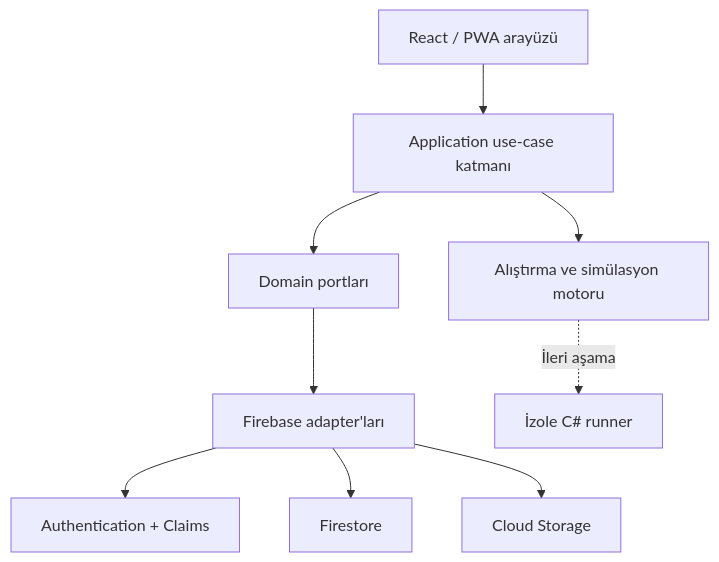
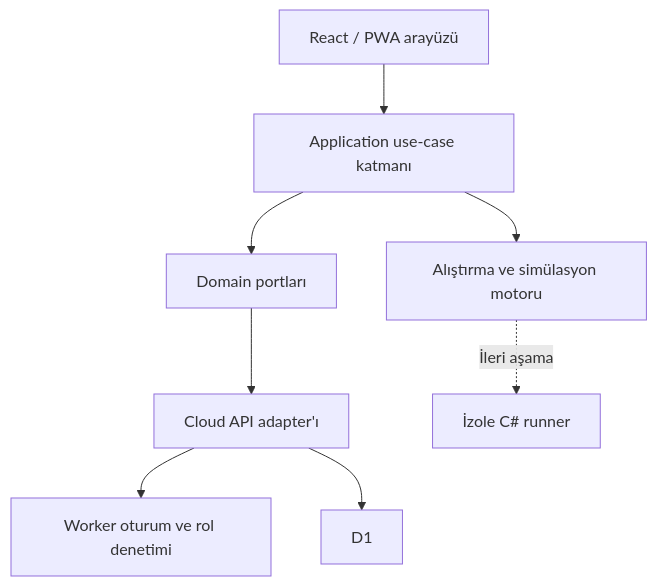
The second of 2 diagrams in PROJECT_BLUEPRINT.md (dgdfurkan/unity-learning-platform), drawn with Mermaid before and after one commit. The commit also changed other lines of this file and 35 other files, not shown here.

````diff
--- a/PROJECT_BLUEPRINT.md
+++ b/PROJECT_BLUEPRINT.md
@@ -171,11 +166,10 @@
 ```mermaid
 flowchart TD
     UI["React / PWA arayüzü"] --> APP["Application use-case katmanı"]
     APP --> PORTS["Domain portları"]
-    PORTS --> FB["Firebase adapter'ları"]
-    FB --> AUTH["Authentication + Claims"]
-    FB --> DB["Firestore"]
-    FB --> STORE["Cloud Storage"]
+    PORTS --> API["Cloud API adapter'ı"]
+    API --> AUTH["Worker oturum ve rol denetimi"]
+    API --> DB["D1"]
     APP --> LAB["Alıştırma ve simülasyon motoru"]
     LAB -. "İleri aşama" .-> RUNNER["İzole C# runner"]
 ```
````
